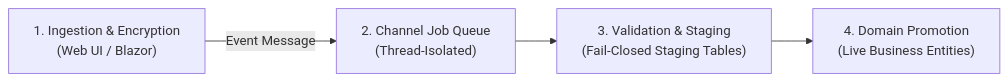
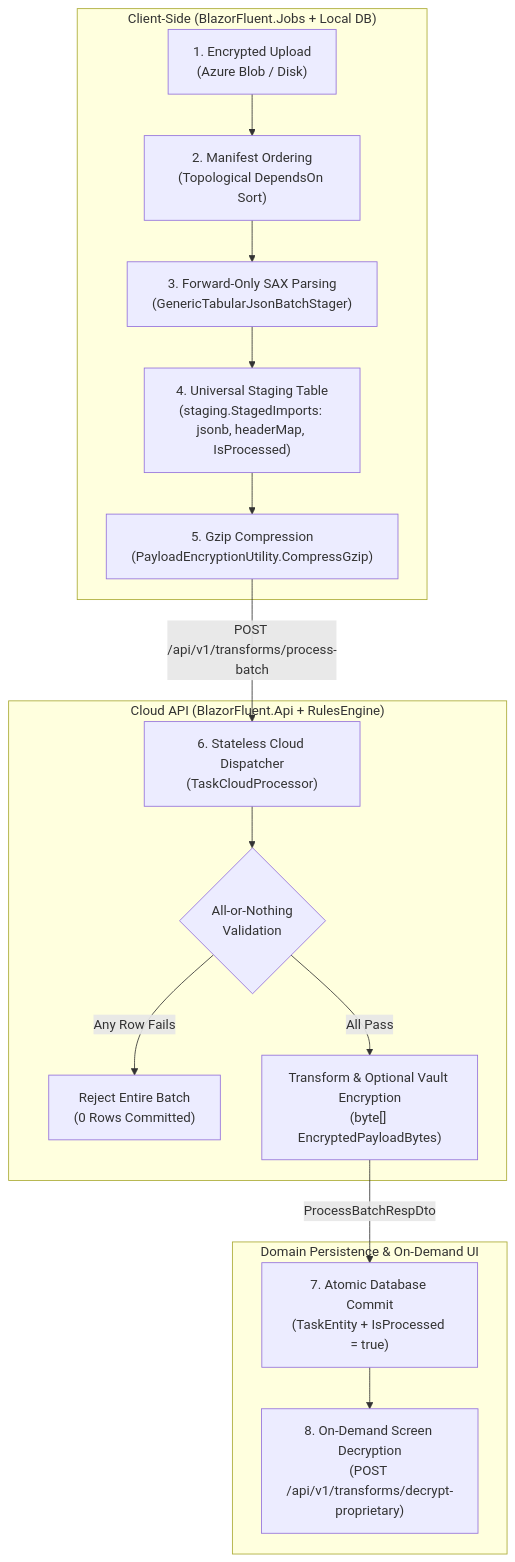
One commit to cheriansk/blazor-fluent changed the first of 4 diagrams in docs/04-Enterprise-Features-and-Subsystems.md. Above: the diagram before and after it, drawn with Mermaid. The commit also changed other lines of this file and 36 other files, not shown here.

````diff
--- a/docs/04-Enterprise-Features-and-Subsystems.md
+++ b/docs/04-Enterprise-Features-and-Subsystems.md
@@ -12,6 +12,21 @@
 ```mermaid
-flowchart LR
-    A["1. Ingestion & Encryption\n(Web UI / Blazor)"] -->|Event Message| B["2. Channel Job Queue\n(Thread-Isolated)"]
-    B --> C["3. Validation & Staging\n(Fail-Closed Staging Tables)"]
-    C --> D["4. Domain Promotion\n(Live Business Entities)"]
+flowchart TD
+    subgraph Client["Client-Side (BlazorFluent.Jobs + Local DB)"]
+        A["1. Encrypted Upload\n(Azure Blob / Disk)"] --> B["2. Manifest Ordering\n(Topological DependsOn Sort)"]
+        B --> C["3. Forward-Only SAX Parsing\n(GenericTabularJsonBatchStager)"]
+        C --> D["4. Universal Staging Table\n(staging.StagedImports: jsonb, headerMap, IsProcessed)"]
+        D --> E["5. Gzip Compression\n(PayloadEncryptionUtility.CompressGzip)"]
+    end
+    
+    subgraph Cloud["Cloud API (BlazorFluent.Api + RulesEngine)"]
+        E -->|POST /api/v1/transforms/process-batch| F["6. Stateless Cloud Dispatcher\n(TaskCloudProcessor)"]
+        F --> G{"All-or-Nothing\nValidation"}
+        G -->|Any Row Fails| H["Reject Entire Batch\n(0 Rows Committed)"]
+        G -->|All Pass| I["Transform & Optional Vault Encryption\n(byte[] EncryptedPayloadBytes)"]
+    end
+    
+    subgraph Commit["Domain Persistence & On-Demand UI"]
+        I -->|ProcessBatchRespDto| J["7. Atomic Database Commit\n(TaskEntity + IsProcessed = true)"]
+        J --> K["8. On-Demand Screen Decryption\n(POST /api/v1/transforms/decrypt-proprietary)"]
+    end
 ```
````
